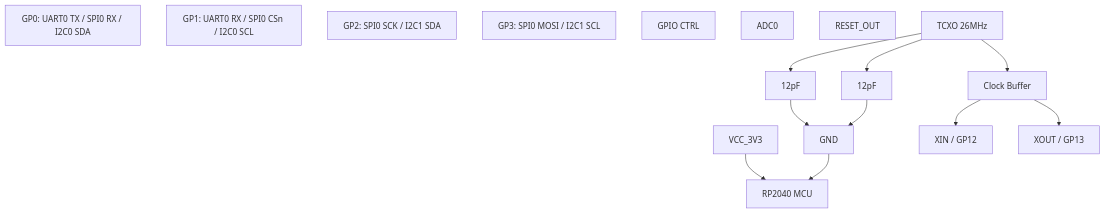
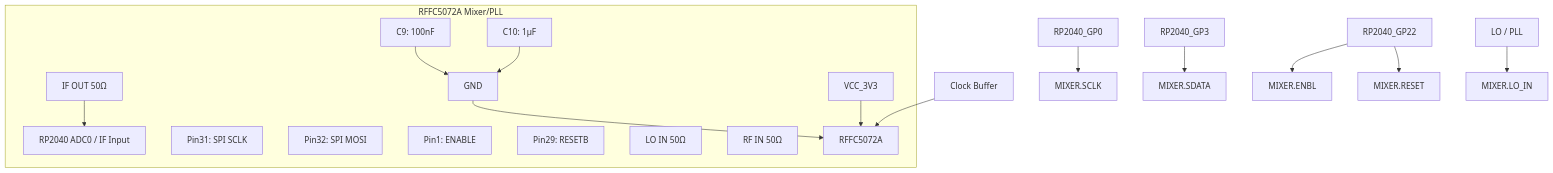
One commit to morteerror404/Goitaca-Hacker-HUB changed the first of 6 diagrams in Squemas/subdivisões/RF/diagrama de conexão.md. Above: the diagram before and after it, drawn with Mermaid. The commit also changed other lines of this file and 2 other files, not shown here.

````diff
--- a/Squemas/subdivisões/RF/diagrama de conexão.md
+++ b/Squemas/subdivisões/RF/diagrama de conexão.md
@@ -9,26 +3,28 @@
 ```mermaid
 graph TD
-    %% =============================
-    %% MCU RP2040
-    %% =============================
-    RP2040["RP2040 MCU"]
-    VCC_3V3 --> RP2040
-    GND --> RP2040
+    subgraph MIXER_SYS["RFFC5072A Mixer/PLL"]
+        MIXER["RFFC5072A"]
+        SCLK["Pin31: SPI SCLK"]
+        SDATA["Pin32: SPI MOSI"]
+        ENBL["Pin1: ENABLE"]
+        RESET["Pin29: RESETB"]
+        LO_IN["LO IN 50Ω"]
+        RF_IN["RF IN 50Ω"]
+        IF_OUT["IF OUT 50Ω"] --> RP2040_GP26["RP2040 ADC0 / IF Input"]
+        C9["C9: 100nF"] --> GND
+        C10["C10: 1µF"] --> GND
 
-    RP2040_GP0["GP0: UART0 TX / SPI0 RX / I2C0 SDA"]
-    RP2040_GP1["GP1: UART0 RX / SPI0 CSn / I2C0 SCL"]
-    RP2040_GP2["GP2: SPI0 SCK / I2C1 SDA"]
-    RP2040_GP3["GP3: SPI0 MOSI / I2C1 SCL"]
-    RP2040_GP12["XIN / GP12"]
-    RP2040_GP13["XOUT / GP13"]
-    RP2040_GP22["GPIO CTRL"]
-    RP2040_GP26["ADC0"]
-    RP2040_RST["RESET_OUT"]
+        VCC_3V3 --> MIXER
+        GND --> MIXER
+    end
 
-    %% Clock externo
-    TCXO["TCXO 26MHz"] --> C11["12pF"] --> GND
-    TCXO --> C12["12pF"] --> GND
-    TCXO --> CLK_BUF["Clock Buffer"]
-    CLK_BUF --> RP2040_GP12
-    CLK_BUF --> RP2040_GP13
+    %% Conexões com RP2040
+    RP2040_GP0 --> MIXER.SCLK
+    RP2040_GP3 --> MIXER.SDATA
+    RP2040_GP22 --> MIXER.ENBL
+    RP2040_GP22 --> MIXER.RESET
+
+    %% Conexão de Clock
+    CLK_BUF["Clock Buffer"] --> MIXER
+    LO_SYS["LO / PLL"] --> MIXER.LO_IN
 ```
````
